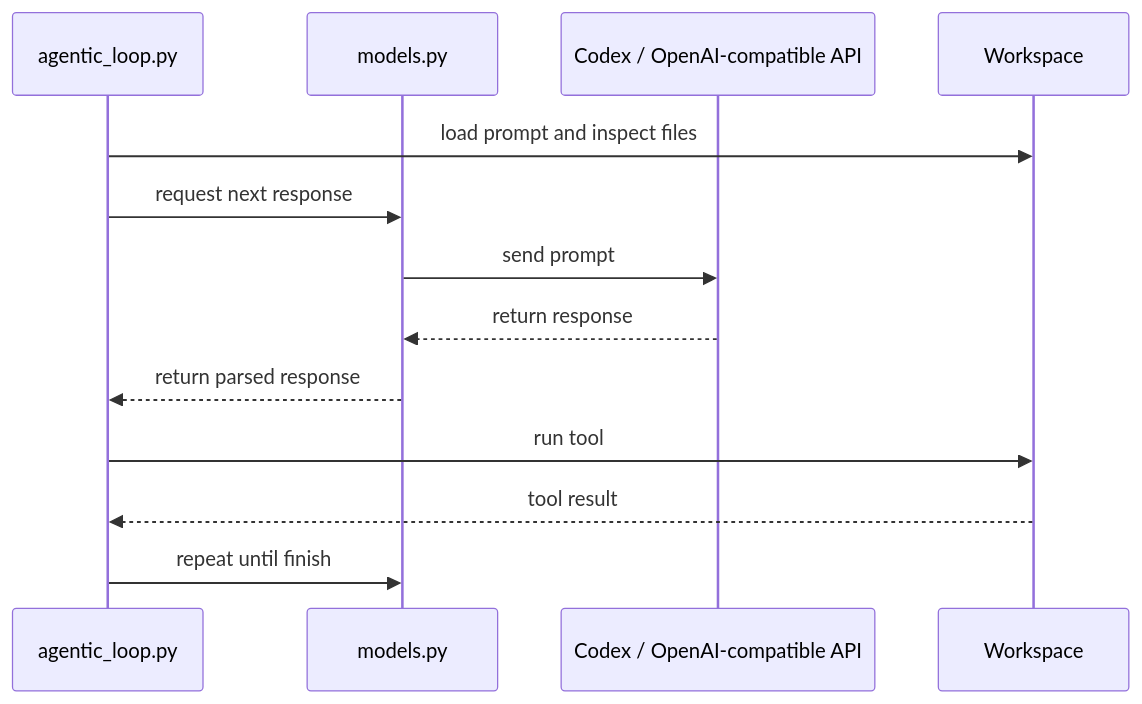
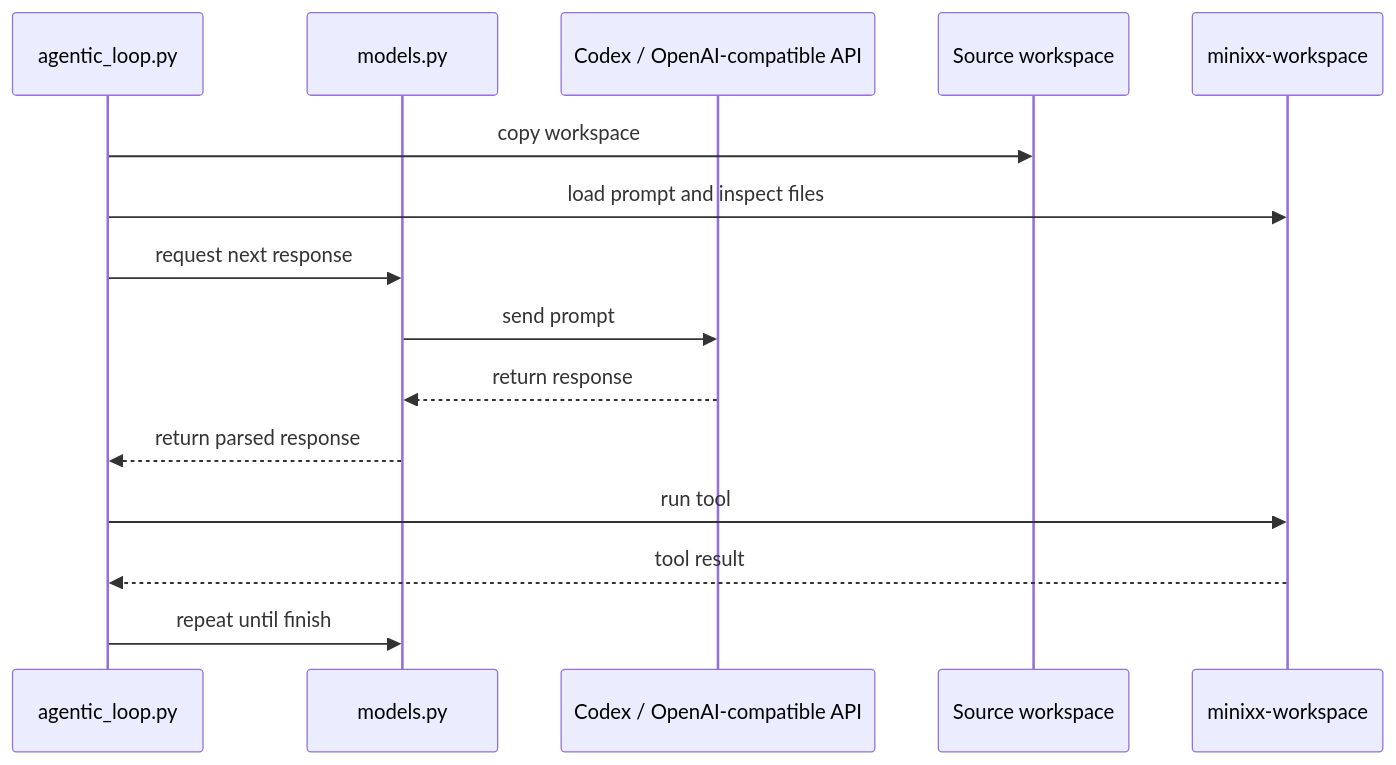
One commit to mtov/minixx changed the second of 3 diagrams in README.md. Above: the diagram before and after it, drawn with Mermaid. The commit also changed other lines of this file and 28 other files, not shown here.

Commit message:
refactor!: run all edits in copied minixx-workspace with patch approval

````diff
--- a/README.md
+++ b/README.md
@@ -122,16 +127,18 @@
 ```mermaid
 sequenceDiagram
     participant AgentLoop as agentic_loop.py
     participant Models as models.py
     participant External as Codex / OpenAI-compatible API
-    participant Workspace
+    participant Workspace as Source workspace
+    participant Runtime as minixx-workspace
 
-    AgentLoop->>Workspace: load prompt and inspect files
+    AgentLoop->>Workspace: copy workspace
+    AgentLoop->>Runtime: load prompt and inspect files
     AgentLoop->>Models: request next response
     Models->>External: send prompt
     External-->>Models: return response
     Models-->>AgentLoop: return parsed response
-    AgentLoop->>Workspace: run tool
-    Workspace-->>AgentLoop: tool result
+    AgentLoop->>Runtime: run tool
+    Runtime-->>AgentLoop: tool result
     AgentLoop->>Models: repeat until finish
 ```
````
